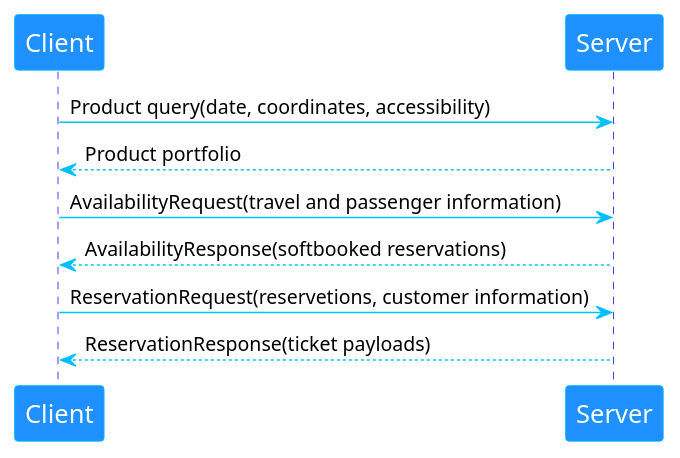
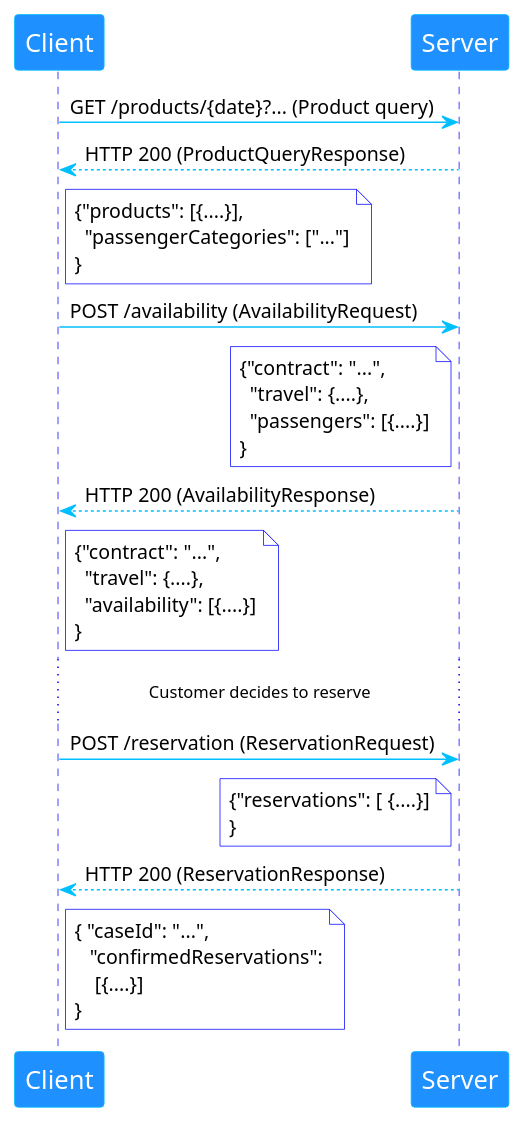
Before and after one commit to finnishtransportagency/lippu-api: the diagram in docs/uml/reservation_flow.puml, drawn with PlantUML. The commit also changed 4 other files, not shown here.

Commit message:
Add travel entitlement descriptions, improved sequence diagrams and API docs

```diff
--- a/docs/uml/reservation_flow.puml
+++ b/docs/uml/reservation_flow.puml
@@ -1,29 +1,38 @@
 @startuml
+
+
 skinparam backgroundColor #FFFFFF
-
+skinparam NoteBackgroundColor #FFFFFF
+skinparam NoteBorderColor blue
 skinparam sequence {
 	ArrowColor DeepSkyBlue
 	ActorBorderColor DeepSkyBlue
 	LifeLineBorderColor blue
 	LifeLineBackgroundColor #A9DCDF
 
 	ParticipantBorderColor DeepSkyBlue
 	ParticipantBackgroundColor DodgerBlue
-	ParticipantFontName Impact
 	ParticipantFontSize 17
 	ParticipantFontColor #FFFFFF
 
 	ActorBackgroundColor aqua
 	ActorFontColor DeepSkyBlue
 	ActorFontSize 17
 	ActorFontName Aapex
+
 }
-Client -> Server: Product query(date, coordinates, accessibility)
-Server --> Client: Product portfolio
+Client -> Server: GET /products/{date}?... (Product query)
 
-Client -> Server: AvailabilityRequest(travel and passenger information)
-Server --> Client: AvailabilityResponse(softbooked reservations)
+Server --> Client: HTTP 200 (ProductQueryResponse)
+note right of Client #FFFFFF:{"products": [{....}],\n  "passengerCategories": ["..."]\n}
+Client -> Server: POST /availability (AvailabilityRequest)
+note left of Server #FFFFFF: {"contract": "...",\n  "travel": {....},\n  "passengers": [{....}]\n}
+Server --> Client: HTTP 200 (AvailabilityResponse)
+note right of Client #FFFFFF:{"contract": "...",\n  "travel": {....},\n  "availability": [{....}]\n}
+...Customer decides to reserve...
 
-Client -> Server: ReservationRequest(reservetions, customer information)
-Server --> Client: ReservationResponse(ticket payloads)
+Client -> Server: POST /reservation (ReservationRequest)
+note left of Server #FFFFFF:{"reservations": [ {....}]\n}
+Server --> Client: HTTP 200 (ReservationResponse)
+note right of Client:{ "caseId": "...",\n   "confirmedReservations":\n    [{....}]\n}
 @enduml
```
